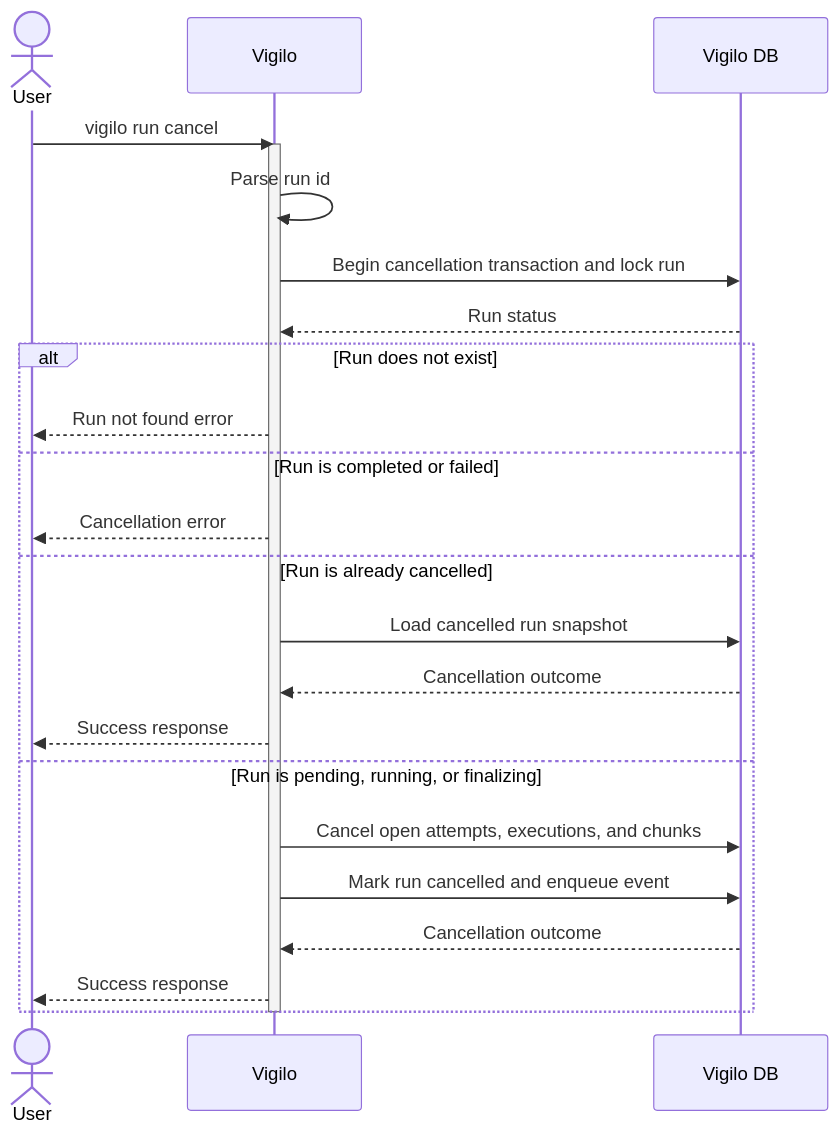
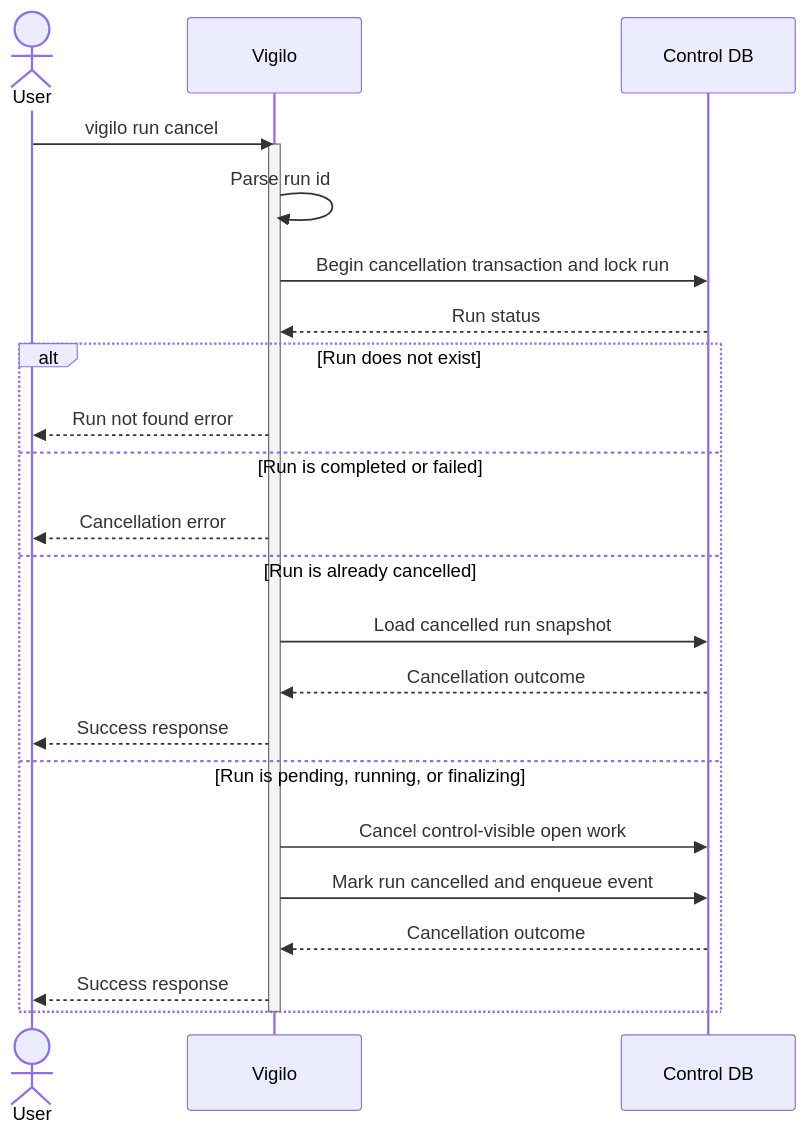
One commit to gregl83/agent-vigilo changed the diagram in web/docs/architecture/flows/run/cancel/execution-flow.mmd. Above: the diagram before and after it, drawn with Mermaid. The commit also changed 16 other files, not shown here.

```diff
--- a/web/docs/architecture/flows/run/cancel/execution-flow.mmd
+++ b/web/docs/architecture/flows/run/cancel/execution-flow.mmd
@@ -1,34 +1,34 @@
 ---
 config:
   flowchart:
     nodeSpacing: 150
     rankSpacing: 80
   themeVariables:
     edgeLabelBackground: 'transparent'
 ---
 sequenceDiagram
     actor User
     participant Vigilo
-    participant DB as Vigilo DB
+    participant ControlDB as Control DB
 
     User->>Vigilo: vigilo run cancel
     activate Vigilo
     Vigilo->>Vigilo: Parse run id
-    Vigilo->>DB: Begin cancellation transaction and lock run
-    DB-->>Vigilo: Run status
+    Vigilo->>ControlDB: Begin cancellation transaction and lock run
+    ControlDB-->>Vigilo: Run status
 
     alt Run does not exist
         Vigilo-->>User: Run not found error
     else Run is completed or failed
         Vigilo-->>User: Cancellation error
     else Run is already cancelled
-        Vigilo->>DB: Load cancelled run snapshot
-        DB-->>Vigilo: Cancellation outcome
+        Vigilo->>ControlDB: Load cancelled run snapshot
+        ControlDB-->>Vigilo: Cancellation outcome
         Vigilo-->>User: Success response
     else Run is pending, running, or finalizing
-        Vigilo->>DB: Cancel open attempts, executions, and chunks
-        Vigilo->>DB: Mark run cancelled and enqueue event
-        DB-->>Vigilo: Cancellation outcome
+        Vigilo->>ControlDB: Cancel control-visible open work
+        Vigilo->>ControlDB: Mark run cancelled and enqueue event
+        ControlDB-->>Vigilo: Cancellation outcome
         Vigilo-->>User: Success response
     end
     deactivate Vigilo
```
